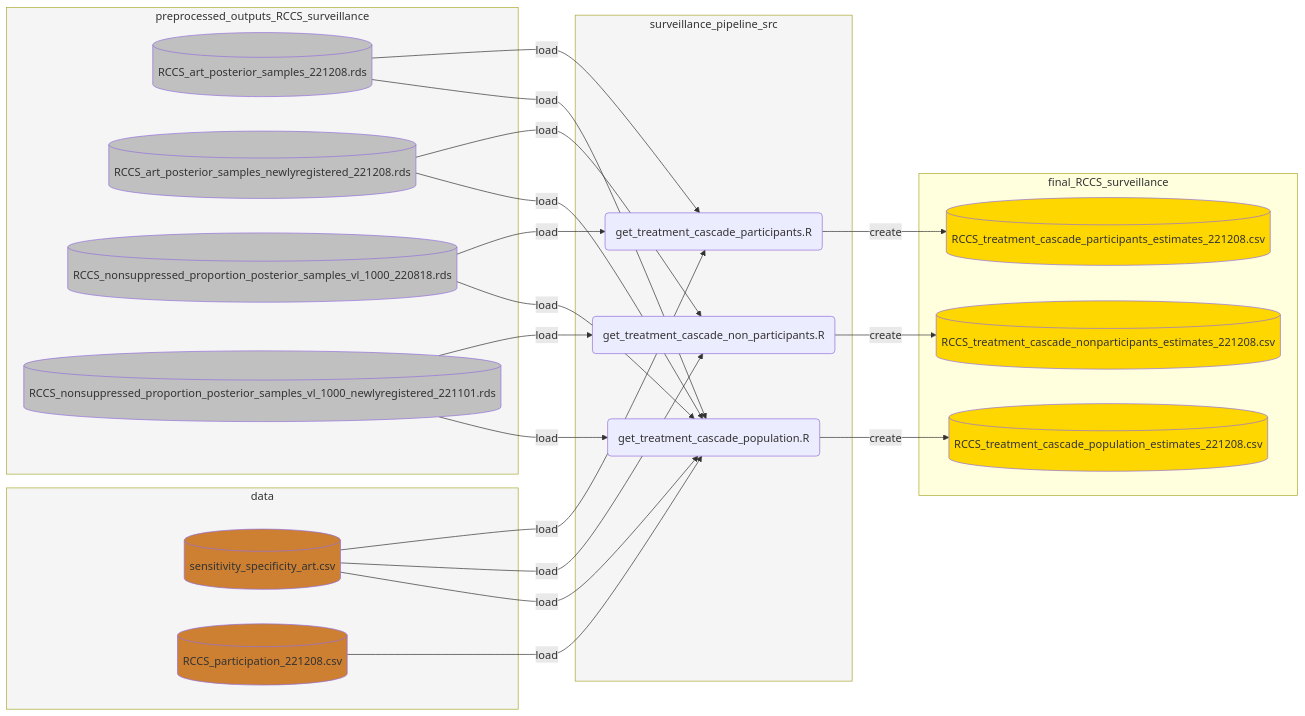
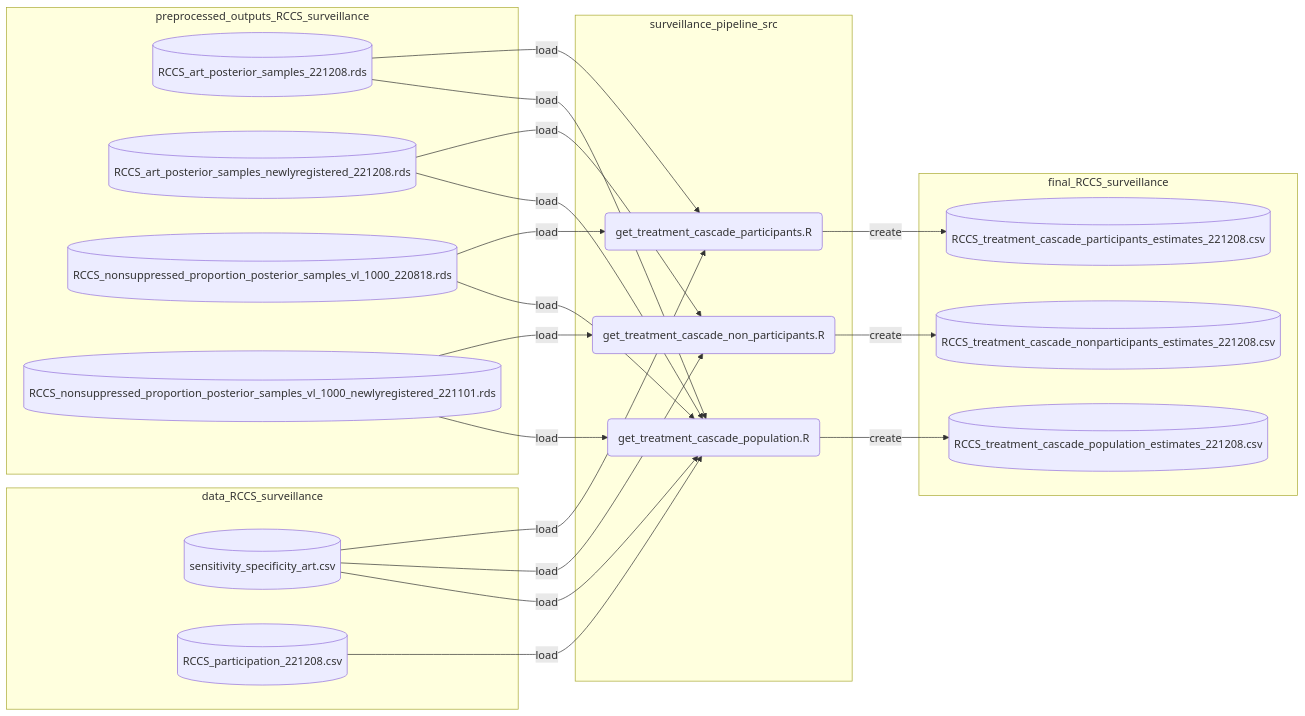
The fourth of 4 diagrams in docs/README.md (MLGlobalHealth/phyloSI-RakaiAgeGender), drawn with Mermaid before and after one commit. The commit also changed other lines of this file and 1 other file, not shown here.

Commit message:
[update] README and improve flowcharts

````diff
--- a/docs/README.md
+++ b/docs/README.md
@@ -69,59 +126,44 @@
 ```mermaid
   flowchart LR
-    subgraph data
+    subgraph data_RCCS_surveillance
       d3[(sensitivity_specificity_art.csv)]
       d1[(RCCS_participation_221208.csv)]
     end
-    style d1 fill:#CD7F32
-    style d3 fill:#CD7F32
-    style data fill:#F5F5F5
 
     subgraph surveillance_pipeline_src
       r_part(get_treatment_cascade_participants.R)
       r_npart(get_treatment_cascade_non_participants.R)
       r_pop(get_treatment_cascade_population.R)
     end
-    style surveillance_pipeline_src fill:#F5F5F5
 
     subgraph preprocessed_outputs_RCCS_surveillance
       f_art_post[(RCCS_art_posterior_samples_221208.rds)]
       f_art_post_new[(RCCS_art_posterior_samples_newlyregistered_221208.rds)]
       f_nsup_prop_post[(RCCS_nonsuppressed_proportion_posterior_samples_vl_1000_220818.rds)]
       f_nsup_prop_post_new[(RCCS_nonsuppressed_proportion_posterior_samples_vl_1000_newlyregistered_221101.rds)]
     end
     
     subgraph final_RCCS_surveillance
       f_part_est[(RCCS_treatment_cascade_participants_estimates_221208.csv)]
       f_npart_est[(RCCS_treatment_cascade_nonparticipants_estimates_221208.csv)]
       f_pop_est[(RCCS_treatment_cascade_population_estimates_221208.csv)]
     end
-
-    style f_nsup_prop_post fill:#C0C0C0
-    style f_art_post fill:#C0C0C0
-    style f_nsup_prop_post_new fill:#C0C0C0
-    style f_art_post_new fill:#C0C0C0
-
-    style f_pop_est fill:#FFD700
-    style f_part_est fill:#FFD700
-    style f_npart_est fill:#FFD700
-    
-    style preprocessed_outputs_RCCS_surveillance fill:#F5F5F5
-
+  
     f_art_post -- load --> r_part
     f_nsup_prop_post -- load --> r_part
     d3 -- load --> r_part
     r_part -- create --> f_part_est
 
     f_art_post_new -- load --> r_npart
     f_nsup_prop_post_new -- load --> r_npart
     d3 -- load --> r_npart
     r_npart -- create --> f_npart_est
 
     d1 -- load --> r_pop
     f_art_post -- load --> r_pop
     f_nsup_prop_post -- load --> r_pop
     f_art_post_new -- load --> r_pop
     f_nsup_prop_post_new -- load --> r_pop
     d3 -- load --> r_pop
     r_pop -- create --> f_pop_est
 ```
````
